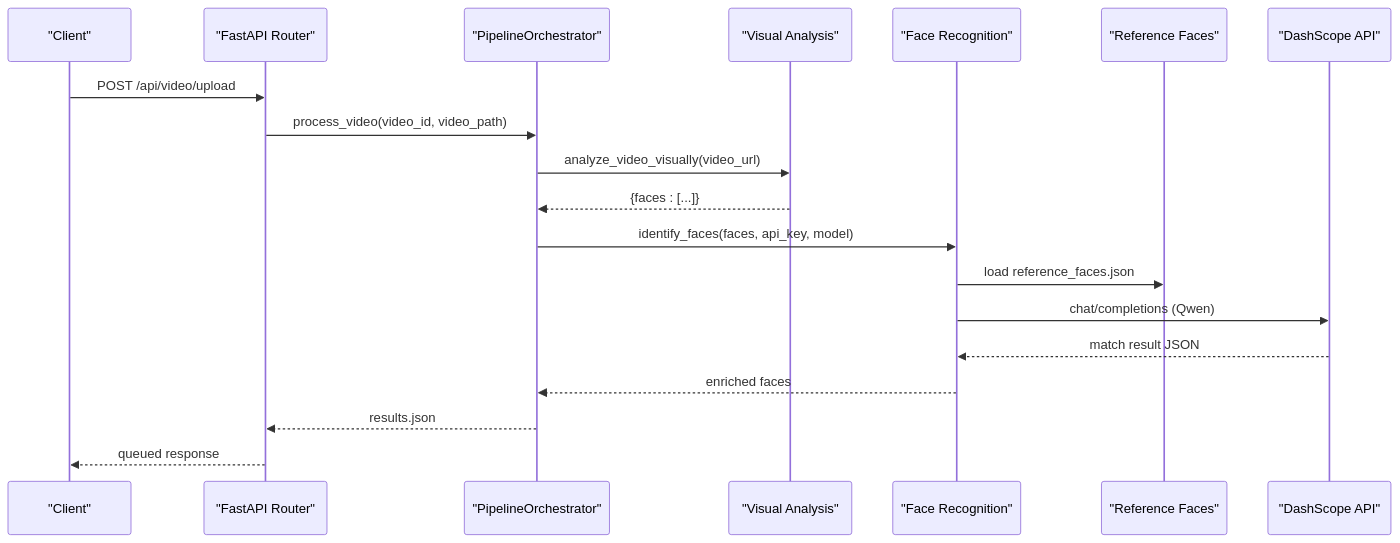
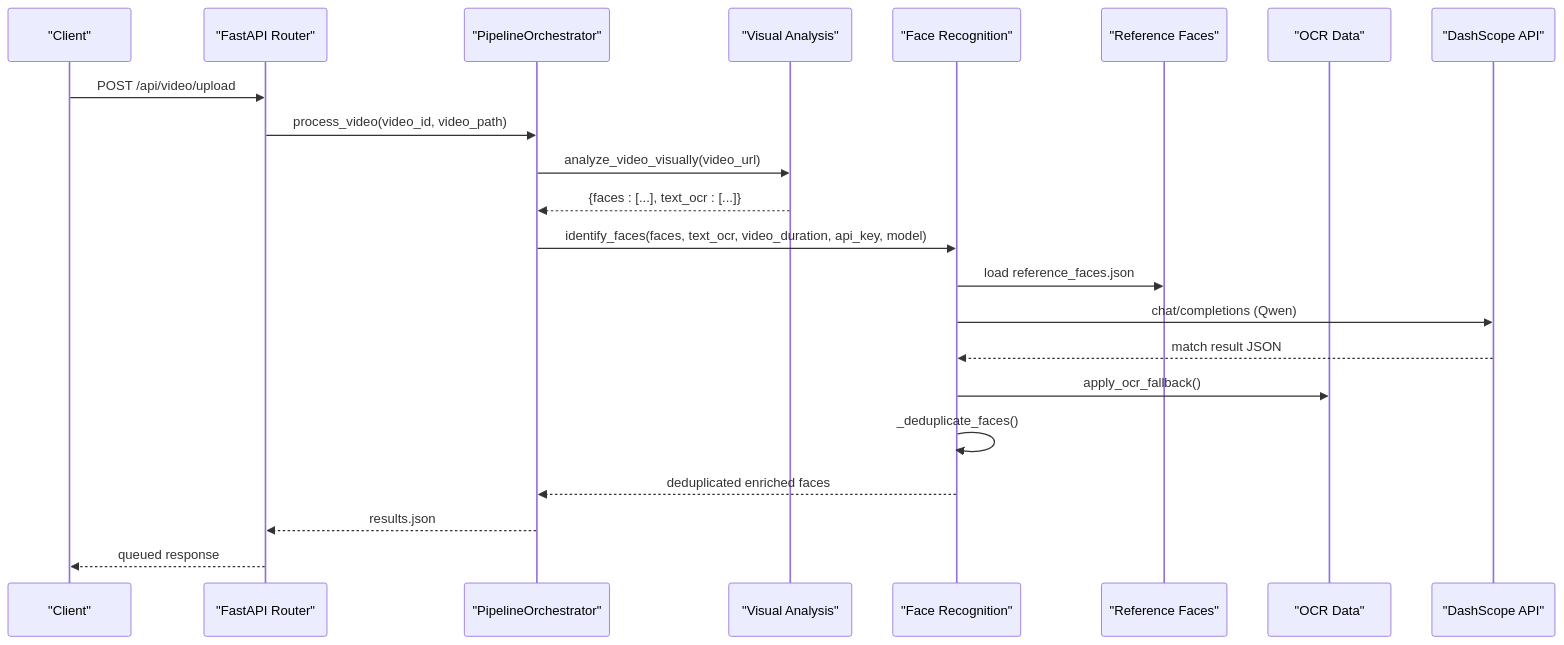
One commit to alexandreybasta-cyber/dubai-media-ai changed the second of 5 diagrams in .qoder/repowiki/en/content/Media Processing Pipeline/Face Recognition Stage.md. Above: the diagram before and after it, drawn with Mermaid. The commit also changed other lines of this file and 54 other files, not shown here.

````diff
--- a/.qoder/repowiki/en/content/Media Processing Pipeline/Face Recognition Stage.md
+++ b/.qoder/repowiki/en/content/Media Processing Pipeline/Face Recognition Stage.md
@@ -71,21 +82,24 @@
 ```mermaid
 sequenceDiagram
 participant Client as "Client"
 participant Router as "FastAPI Router"
 participant Orchestrator as "PipelineOrchestrator"
 participant VA as "Visual Analysis"
 participant FR as "Face Recognition"
 participant Ref as "Reference Faces"
+participant OCR as "OCR Data"
 participant DashScope as "DashScope API"
 Client->>Router : POST /api/video/upload
 Router->>Orchestrator : process_video(video_id, video_path)
 Orchestrator->>VA : analyze_video_visually(video_url)
-VA-->>Orchestrator : {faces : [...]}
-Orchestrator->>FR : identify_faces(faces, api_key, model)
+VA-->>Orchestrator : {faces : [...], text_ocr : [...]}
+Orchestrator->>FR : identify_faces(faces, text_ocr, video_duration, api_key, model)
 FR->>Ref : load reference_faces.json
 FR->>DashScope : chat/completions (Qwen)
 DashScope-->>FR : match result JSON
-FR-->>Orchestrator : enriched faces
+FR->>OCR : apply_ocr_fallback()
+FR->>FR : _deduplicate_faces()
+FR-->>Orchestrator : deduplicated enriched faces
 Orchestrator-->>Router : results.json
 Router-->>Client : queued response
 ```
````
